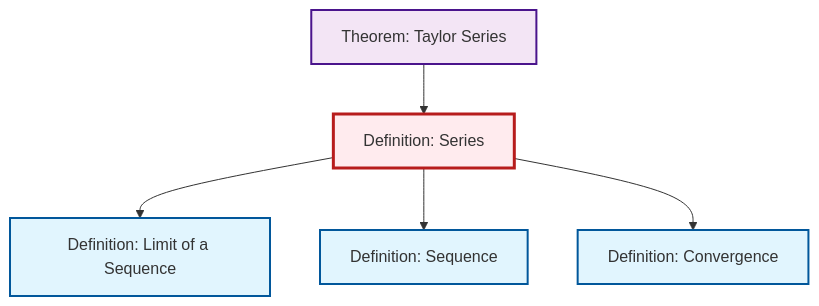
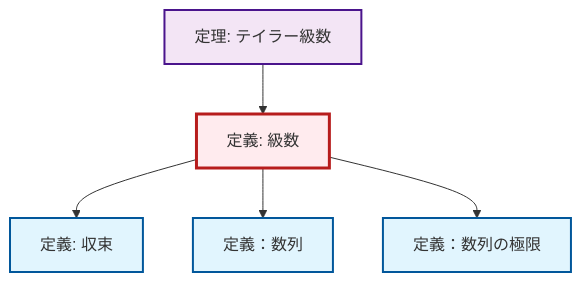
Before and after one commit to RK0429/ModernMath: the diagram in content/ja/analysis/def-series.qmd, drawn with Mermaid. The commit also changed 1069 other files, not shown here.

````diff
--- a/content/ja/analysis/def-series.qmd
+++ b/content/ja/analysis/def-series.qmd
@@ -91,23 +91,23 @@
 ```{mermaid}
 %%| fig-cap: "Local dependency graph"
 graph TD
     classDef definition fill:#e1f5fe,stroke:#01579b,stroke-width:2px
     classDef theorem fill:#f3e5f5,stroke:#4a148c,stroke-width:2px
     classDef axiom fill:#fff3e0,stroke:#e65100,stroke-width:2px
     classDef example fill:#e8f5e9,stroke:#1b5e20,stroke-width:2px
     classDef current fill:#ffebee,stroke:#b71c1c,stroke-width:3px
-    def-convergence["Definition: Convergence"]:::definition
-    def-series["Definition: Series"]:::definition
-    thm-taylor-series["Theorem: Taylor Series"]:::theorem
-    def-limit["Definition: Limit of a Sequence"]:::definition
-    def-sequence["Definition: Sequence"]:::definition
-    def-series --> def-limit
-    def-series --> def-sequence
+    def-limit["定義：数列の極限"]:::definition
+    def-series["定義: 級数"]:::definition
+    def-sequence["定義：数列"]:::definition
+    def-convergence["定義: 収束"]:::definition
+    thm-taylor-series["定理: テイラー級数"]:::theorem
     thm-taylor-series --> def-series
     def-series --> def-convergence
+    def-series --> def-sequence
+    def-series --> def-limit
     class def-series current
-    click def-convergence "def-convergence.html" "Definition: Convergenceへ"
-    click thm-taylor-series "thm-taylor-series.html" "Theorem: Taylor Seriesへ"
-    click def-limit "def-limit.html" "Definition: Limit of a Sequenceへ"
-    click def-sequence "def-sequence.html" "Definition: Sequenceへ"
+    click def-limit "def-limit.html" "定義：数列の極限へ"
+    click def-sequence "def-sequence.html" "定義：数列へ"
+    click def-convergence "def-convergence.html" "収束の定義へ"
+    click thm-taylor-series "thm-taylor-series.html" "テイラー級数の定理へ"
 ```
````
